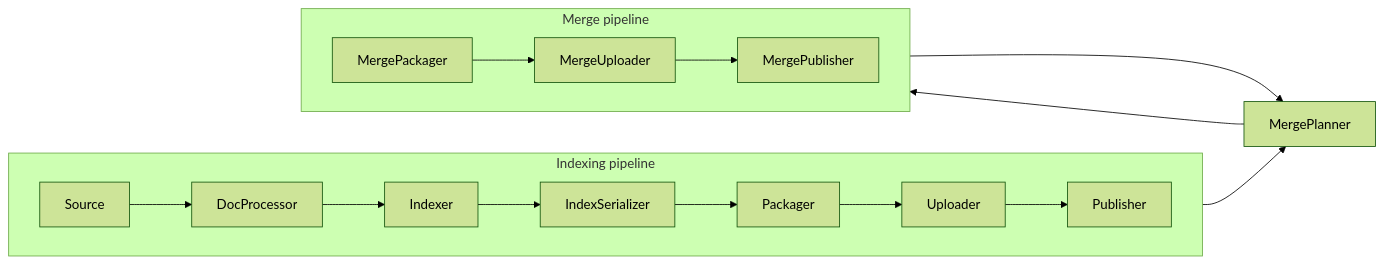
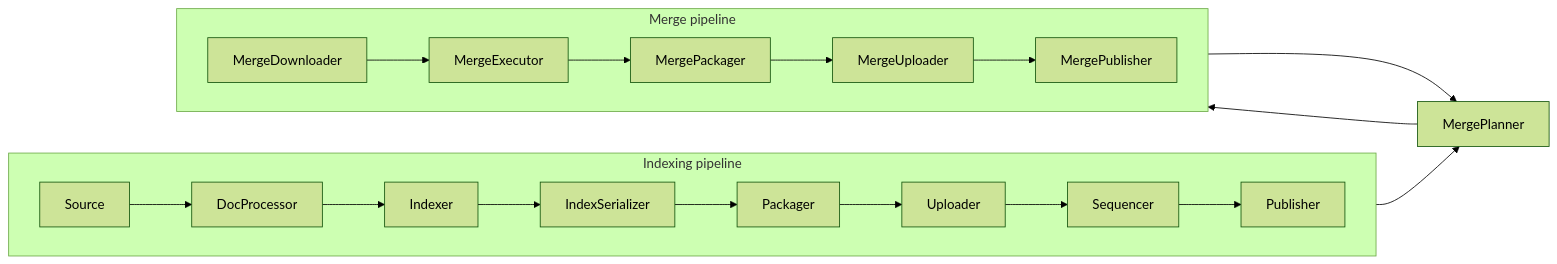
One commit to quickwit-oss/quickwit changed the diagram in quickwit/quickwit-indexing/README.md. Above: the diagram before and after it, drawn with Mermaid (forest theme).

Commit message:
Update indexing pipeline flowchart

````diff
--- a/quickwit/quickwit-indexing/README.md
+++ b/quickwit/quickwit-indexing/README.md
@@ -1,20 +1,23 @@
 ```mermaid
 flowchart LR
     subgraph Indexing pipeline
         direction LR
         source[Source] --> doc_processor
         doc_processor[DocProcessor] --> indexer
         indexer[Indexer] --> serializer
         serializer[IndexSerializer] --> packager
         packager[Packager] --> uploader
-        uploader[Uploader] --> publisher
+        uploader[Uploader] --> sequencer
+        sequencer[Sequencer] --> publisher
     end
     subgraph Merge pipeline
         direction LR
+        merge_downloader[MergeDownloader] --> merge_executor
+        merge_executor[MergeExecutor] --> merge_packager
         merge_packager[MergePackager] --> merge_uploader
         merge_uploader[MergeUploader] --> merge_publisher
     end
-    merge_planner[MergePlanner] --> merge_packager
+    merge_planner[MergePlanner] --> merge_downloader
     merge_publisher[MergePublisher] --> merge_planner
     publisher[Publisher] --> merge_planner
 ```
````
